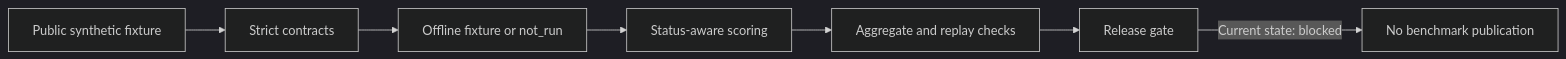
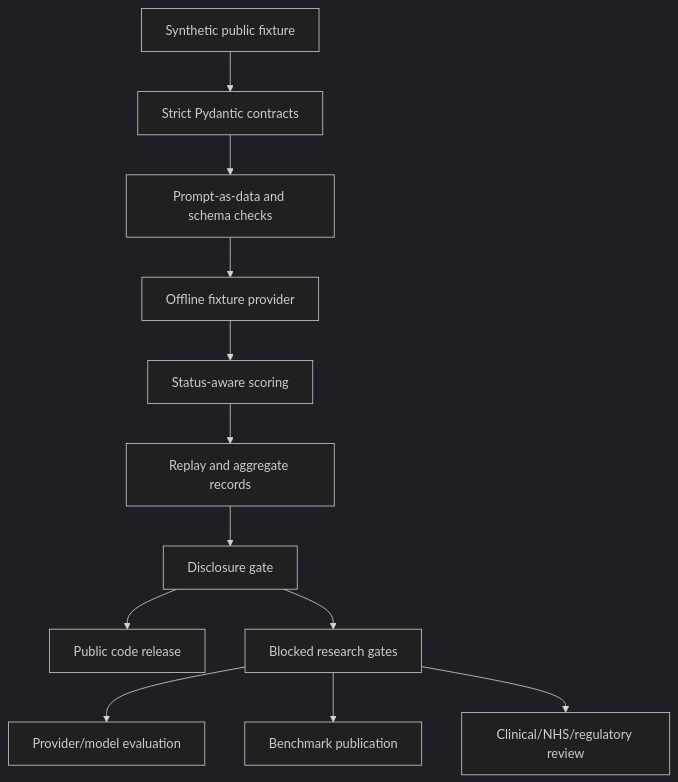
One commit to ajinkya-awari/-nhscopilot-eval changed the diagram in README.md. Above: the diagram before and after it, drawn with Mermaid (dark theme). The commit also changed other lines of this file and 4 other files, not shown here.

Commit message:
Prepare NHSCopilot evaluation for public release

````diff
--- a/README.md
+++ b/README.md
@@ -11,9 +24,14 @@
 ```mermaid
-flowchart LR
-    A[Public synthetic fixture] --> B[Strict contracts]
-    B --> C[Offline fixture or not_run]
-    C --> D[Status-aware scoring]
-    D --> E[Aggregate and replay checks]
-    E --> F[Release gate]
-    F -->|Current state: blocked| G[No benchmark publication]
+flowchart TD
+    A[Synthetic public fixture] --> B[Strict Pydantic contracts]
+    B --> C[Prompt-as-data and schema checks]
+    C --> D[Offline fixture provider]
+    D --> E[Status-aware scoring]
+    E --> F[Replay and aggregate records]
+    F --> G[Disclosure gate]
+    G --> H[Public code release]
+    G --> I[Blocked research gates]
+    I --> J[Provider/model evaluation]
+    I --> K[Benchmark publication]
+    I --> L[Clinical/NHS/regulatory review]
 ```
````
